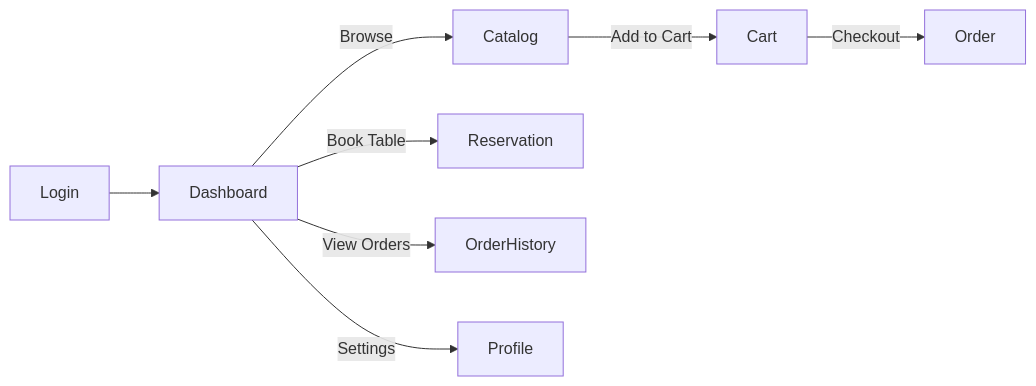
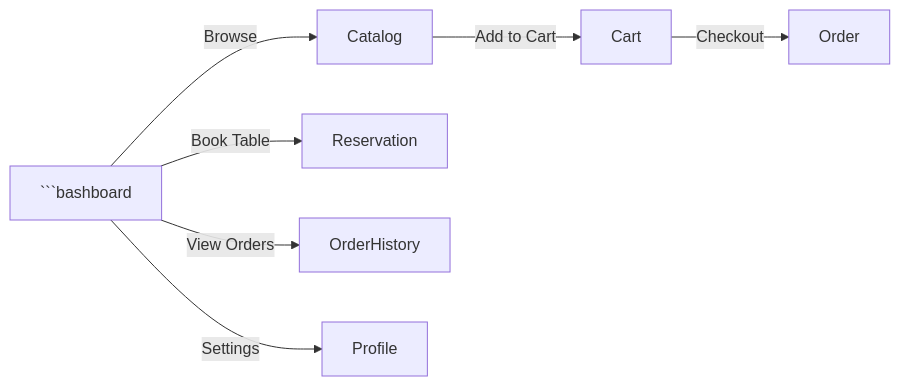
The diagram in README.md (sanjeewa618/Wine-Pub-Management-System), drawn with Mermaid before and after one commit. The commit also changed other lines of this file and 1 other file, not shown here.

````diff
--- a/README.md
+++ b/README.md
@@ -145,10 +145,10 @@
 ```mermaid
 flowchart LR
-	Login --> Dashboard
-	Dashboard --> |Browse| Catalog
+```bashboard
+```bashboard --> |Browse| Catalog
 	Catalog --> |Add to Cart| Cart
 	Cart --> |Checkout| Order
-	Dashboard --> |Book Table| Reservation
-	Dashboard --> |View Orders| OrderHistory
-	Dashboard --> |Settings| Profile
+```bashboard --> |Book Table| Reservation
+```bashboard --> |View Orders| OrderHistory
+```bashboard --> |Settings| Profile
 ```
````
